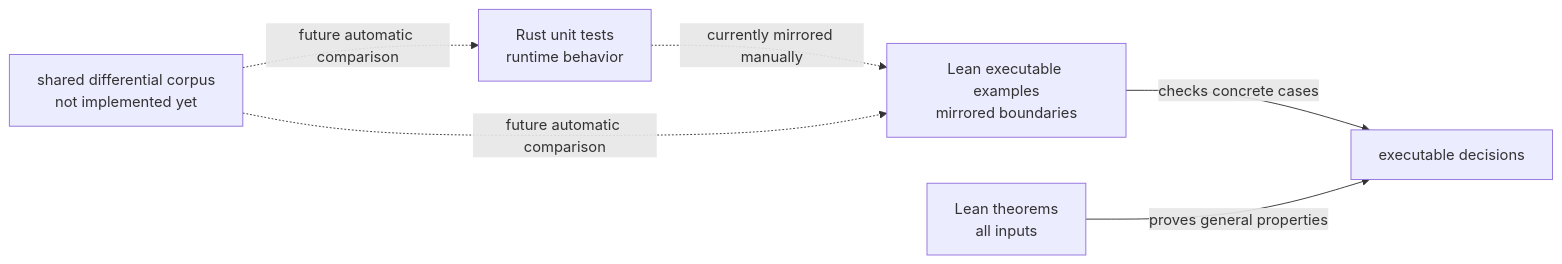
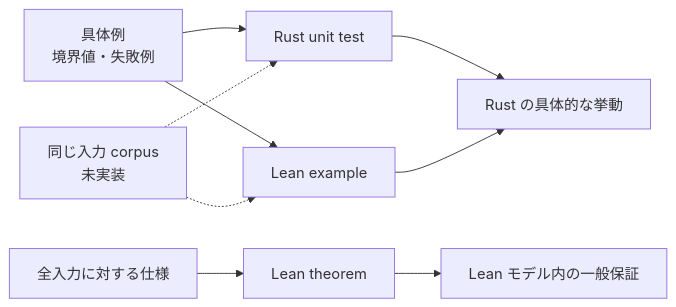
One commit to Aqua-218/SecCamp-AIAgent changed the diagram in docs/authority-core/verification.md. Above: the diagram before and after it, drawn with Mermaid. The commit also changed other lines of this file, not shown here.

Commit message:
docs(authority): explain test and proof roles

````diff
--- a/docs/authority-core/verification.md
+++ b/docs/authority-core/verification.md
@@ -11,13 +20,12 @@
 ```mermaid
 flowchart LR
-    rustTests["Rust unit tests<br/>runtime behavior"]
-    leanExamples["Lean executable examples<br/>mirrored boundaries"]
-    leanProofs["Lean theorems<br/>all inputs"]
-    corpus["shared differential corpus<br/>not implemented yet"]
+    examples["具体例<br/>境界値・失敗例"] --> rust["Rust unit test"]
+    examples --> leanExample["Lean example"]
+    spec["全入力に対する仕様"] --> theorem["Lean theorem"]
+    corpus["同じ入力 corpus<br/>未実装"] -.-> rust
+    corpus -.-> leanExample
 
-    rustTests -.->|"currently mirrored manually"| leanExamples
-    leanExamples -->|"checks concrete cases"| decisions["executable decisions"]
-    leanProofs -->|"proves general properties"| decisions
-    corpus -.->|"future automatic comparison"| rustTests
-    corpus -.->|"future automatic comparison"| leanExamples
+    rust --> confidence["Rust の具体的な挙動"]
+    leanExample --> confidence
+    theorem --> guarantee["Lean モデル内の一般保証"]
 ```
````
